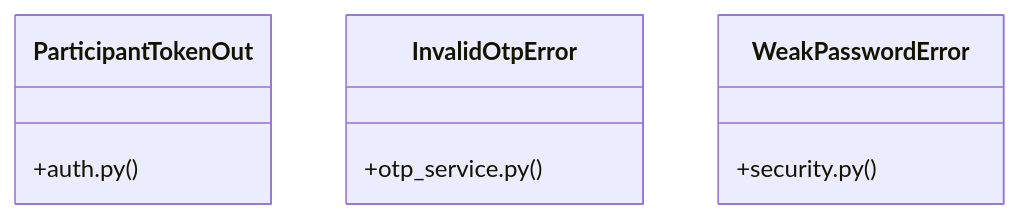
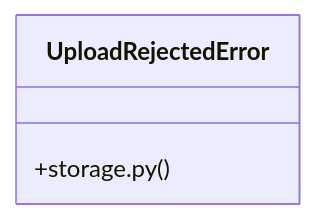
One commit to adjanayo/synca_conf_back changed the diagram in graphify-out/wiki/[PassType_&_register_payload()]_Cluster.md. Above: the diagram before and after it, drawn with Mermaid. The commit also changed other lines of this file and 71 other files, not shown here.

Commit message:
docs: mise à jour graphify (graphe du code)

````diff
--- a/graphify-out/wiki/[PassType_&_register_payload()]_Cluster.md
+++ b/graphify-out/wiki/[PassType_&_register_payload()]_Cluster.md
@@ -36,12 +36,6 @@
 ```mermaid
 classDiagram
-    class ParticipantTokenOut {
-        +auth.py()
-    }
-    class InvalidOtpError {
-        +otp_service.py()
-    }
-    class WeakPasswordError {
-        +security.py()
+    class UploadRejectedError {
+        +storage.py()
     }
 ```
````
